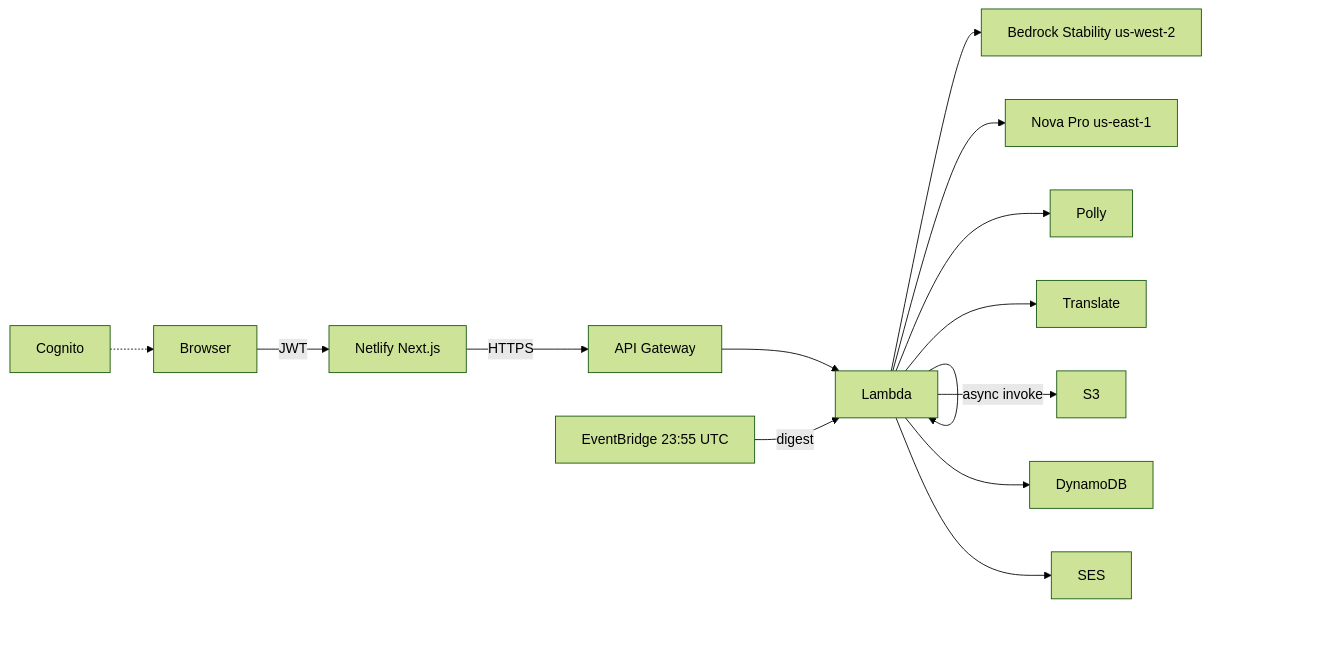
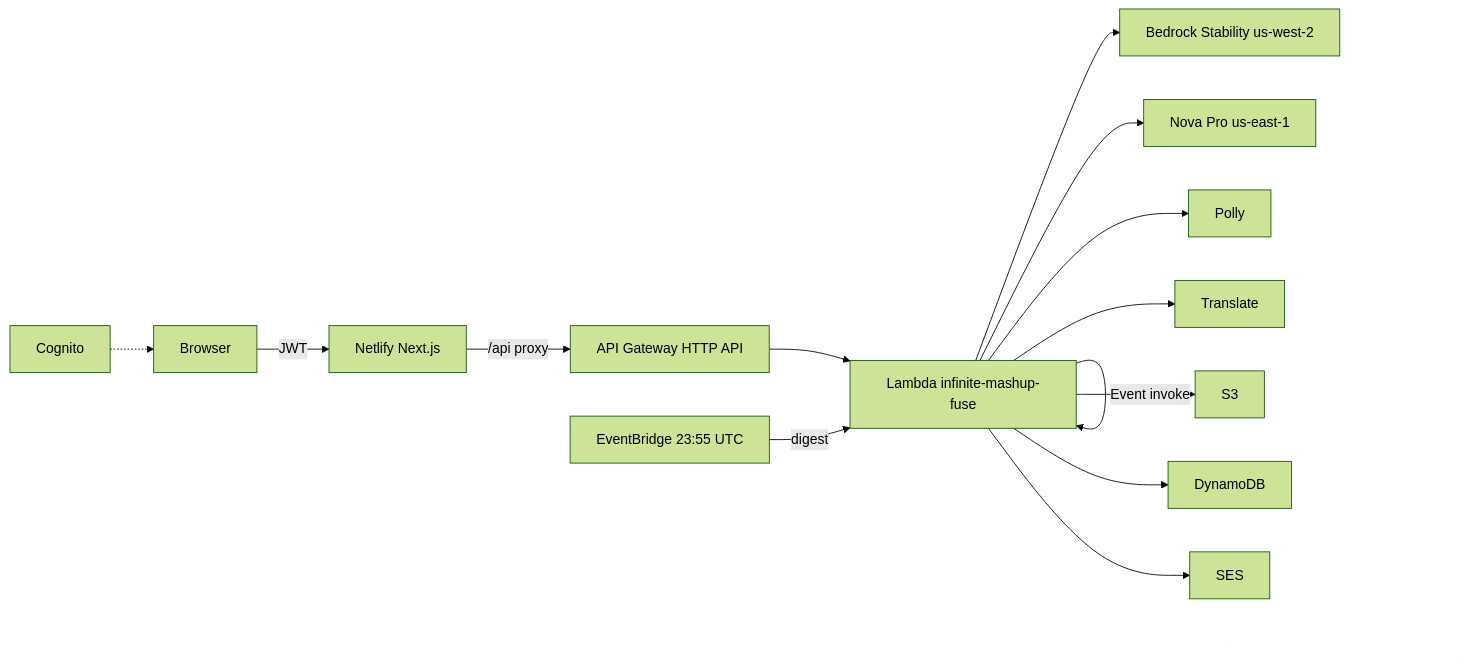
One commit to sivaabishikth2025-byte/infinite-mashup-studio changed the diagram in README.md. Above: the diagram before and after it, drawn with Mermaid (forest theme). The commit also changed other lines of this file, not shown here.

````diff
--- a/README.md
+++ b/README.md
@@ -37,16 +40,16 @@
 ```mermaid
 flowchart LR
-  U[Browser] -->|JWT| N[Netlify Next.js]
-  C[Cognito] -.-> U
-  N -->|HTTPS| AG[API Gateway]
-  AG --> L[Lambda]
-  L -->|async invoke| L
-  L --> BW[Bedrock Stability us-west-2]
-  L --> BE[Nova Pro us-east-1]
-  L --> P[Polly]
+  B[Browser] -->|JWT| N[Netlify Next.js]
+  CO[Cognito] -.-> B
+  N -->|/api proxy| AG[API Gateway HTTP API]
+  AG --> L[Lambda infinite-mashup-fuse]
+  L -->|Event invoke| L
+  L --> ST[Bedrock Stability us-west-2]
+  L --> NP[Nova Pro us-east-1]
+  L --> PO[Polly]
   L --> TR[Translate]
   L --> S3[S3]
   L --> DDB[DynamoDB]
   L --> SES[SES]
   EB[EventBridge 23:55 UTC] -->|digest| L
 ```
````
